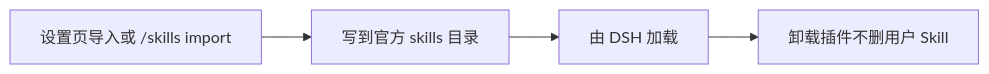
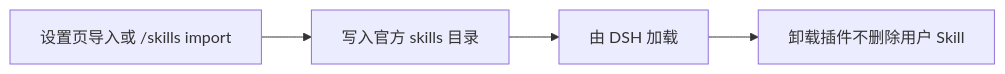
One commit to AcuteSZW/dsh-purge changed the third of 3 diagrams in README.md. Above: the diagram before and after it, drawn with Mermaid. The commit also changed other lines of this file and 1 other file, not shown here.

````diff
--- a/README.md
+++ b/README.md
@@ -333,6 +314,6 @@
 ```mermaid
 flowchart LR
-  A["设置页导入或 /skills import"] --> B["写到官方 skills 目录"]
+  A["设置页导入或 /skills import"] --> B["写入官方 skills 目录"]
   B --> C["由 DSH 加载"]
-  C --> D["卸载插件不删用户 Skill"]
+  C --> D["卸载插件不删除用户 Skill"]
 ```
````
